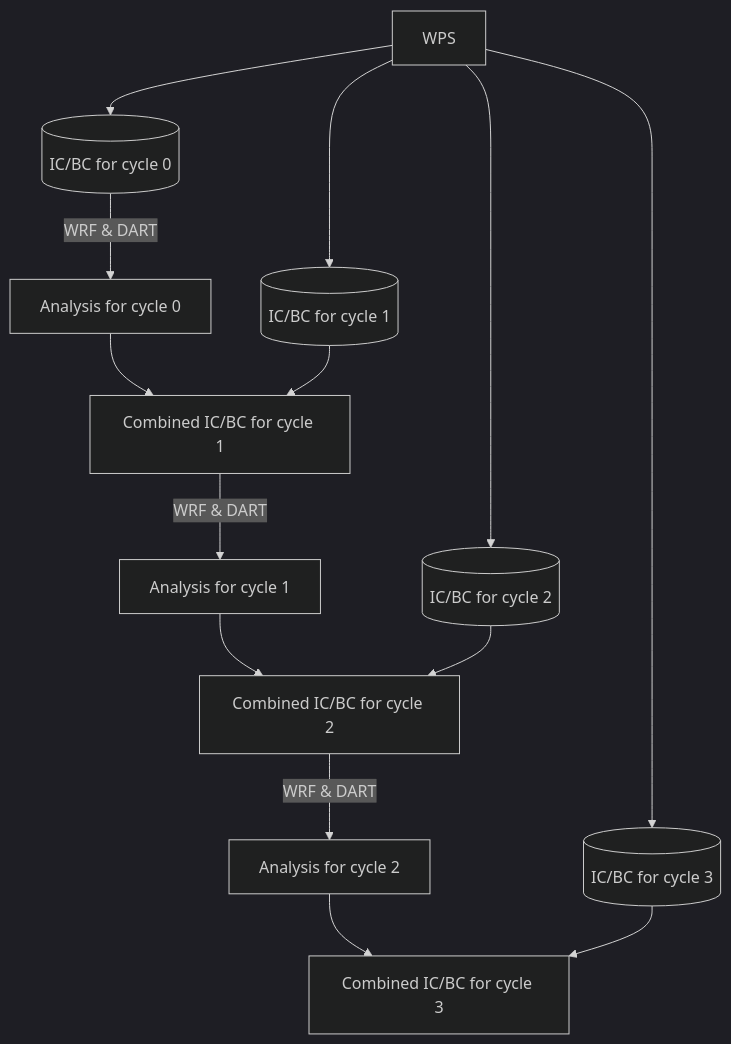
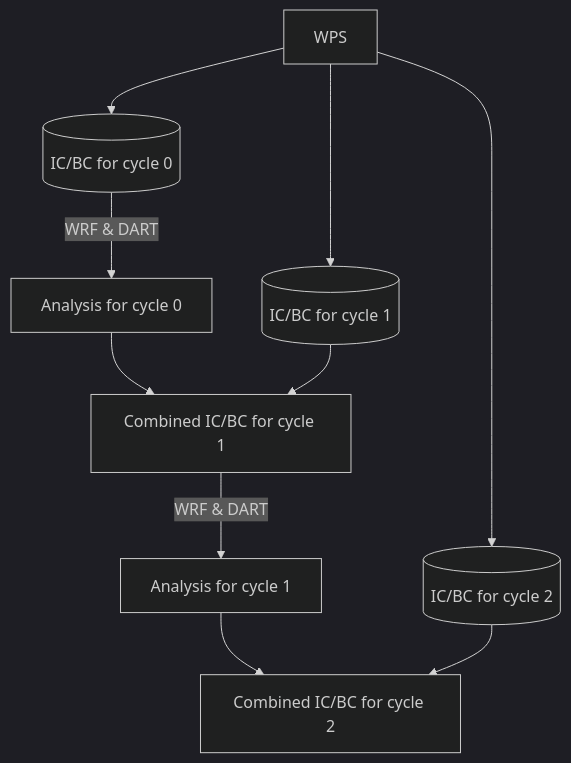
One commit to NOA-ReACT/wrf_ensembly changed the second of 4 diagrams in docs/core-concepts.md. Above: the diagram before and after it, drawn with Mermaid (dark theme). The commit also changed other lines of this file and 2 other files, not shown here.

````diff
--- a/docs/core-concepts.md
+++ b/docs/core-concepts.md
@@ -32,19 +43,14 @@
 ```mermaid
 flowchart TB
 WPS --> c0[(IC/BC for cycle 0)]
 WPS --> c1[(IC/BC for cycle 1)]
 WPS --> c2[(IC/BC for cycle 2)]
-WPS --> c3[(IC/BC for cycle 3)]
 
 c0 -->|WRF & DART| a0[Analysis for cycle 0]
 a0 --> cc1[Combined IC/BC for cycle 1]
 c1 --> cc1
 
 cc1 -->|WRF & DART| a1[Analysis for cycle 1]
 a1 --> cc2[Combined IC/BC for cycle 2]
 c2 --> cc2
-
-cc2 -->|WRF & DART| a2[Analysis for cycle 2]
-a2 --> cc3[Combined IC/BC for cycle 3]
-c3 --> cc3
 ```
````
